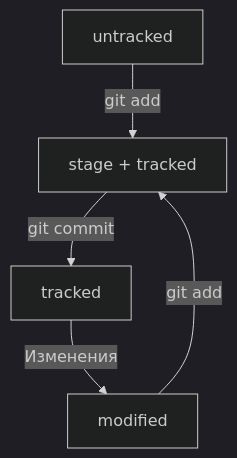
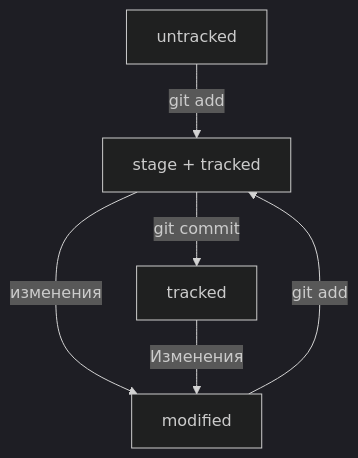
Before and after one commit to kovtunmv/Git_helper: the diagram in README.md, drawn with Mermaid (dark theme).

Commit message:
Коммит №17: Исправлена ошибка в схеме статусов

````diff
--- a/README.md
+++ b/README.md
@@ -134,8 +134,9 @@
 ```mermaid
 flowchart TD;
 %%A[untracked ] --git add--> B[stage + tracked];
       A[untracked] --git add--> B[stage + tracked];
       С[modified] --git add--> B[stage + tracked];
+      B[stage + tracked] --изменения--> С[modified];
       B[stage + tracked] --git commit--> D[tracked];
       D[tracked ] --Изменения--> С[modified];
 ```
````
